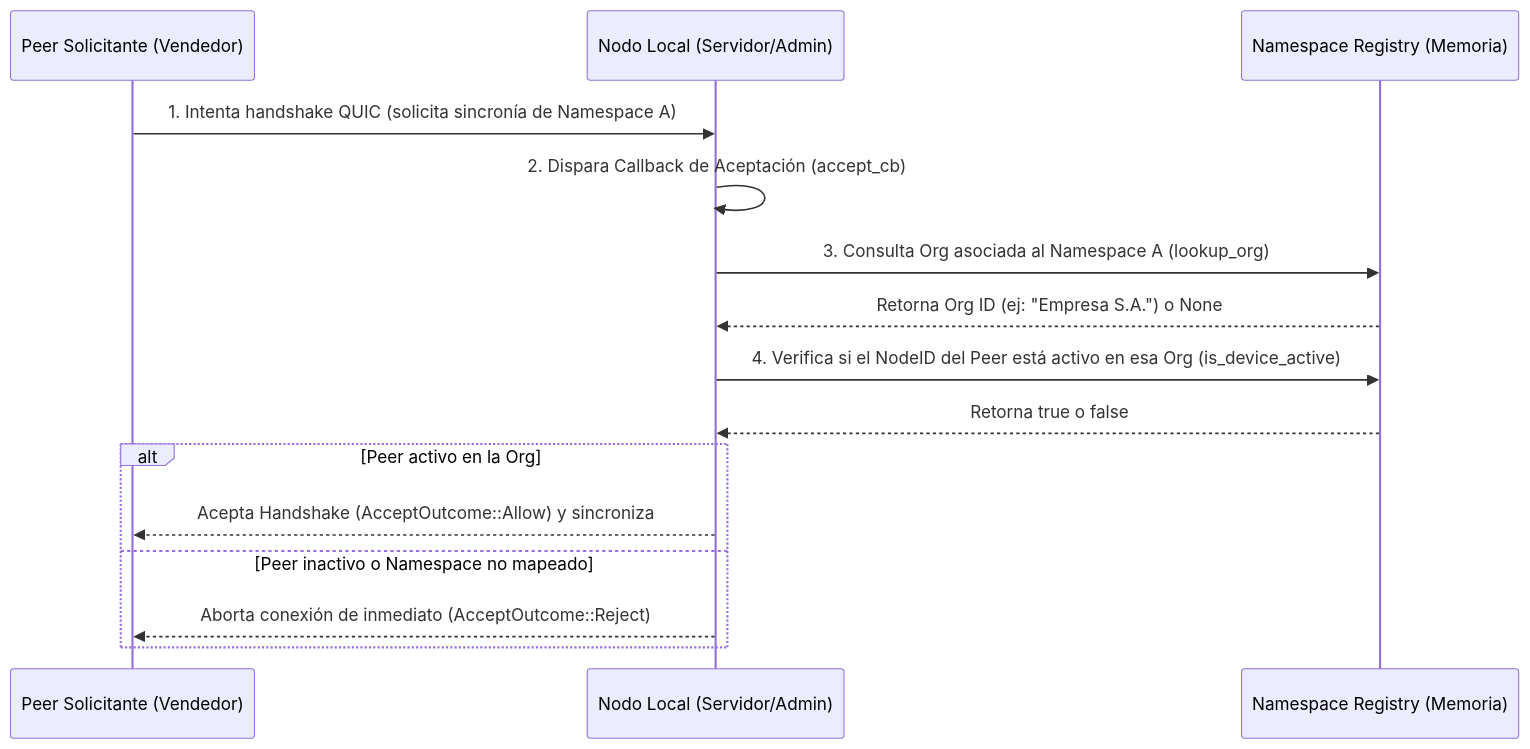
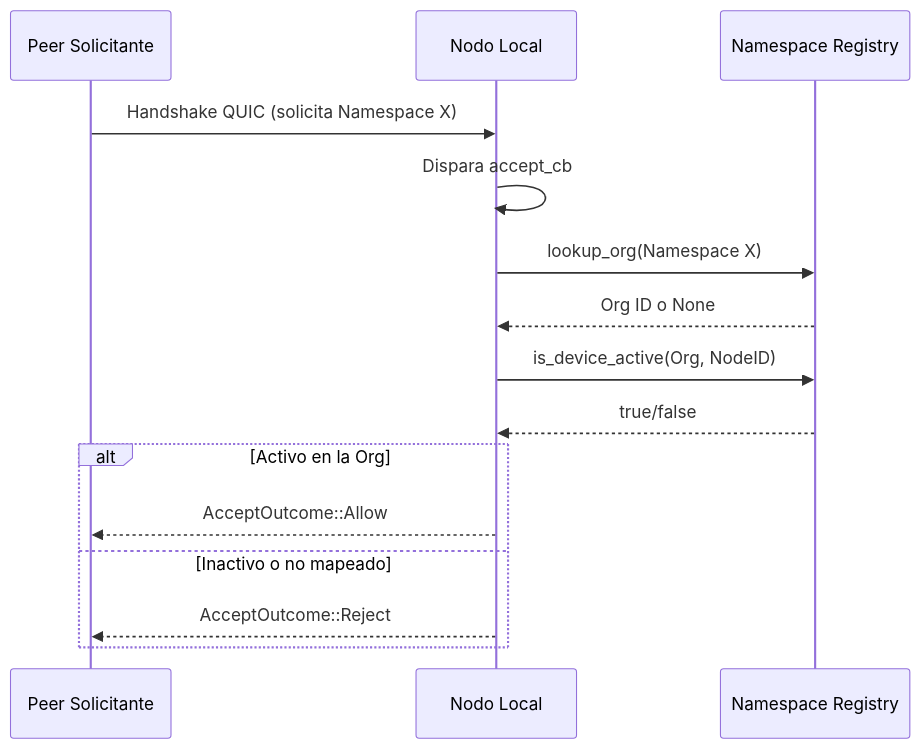
The second of 2 diagrams in apps/docs/src/content/docs/arquitectura/namespaces.md (royalcala/syntrix-monorepo), drawn with Mermaid before and after one commit. The commit also changed other lines of this file and 21 other files, not shown here.

````diff
--- a/apps/docs/src/content/docs/arquitectura/namespaces.md
+++ b/apps/docs/src/content/docs/arquitectura/namespaces.md
@@ -73,18 +73,18 @@
 ```mermaid
 sequenceDiagram
-    participant Peer as Peer Solicitante (Vendedor)
-    participant Local as Nodo Local (Servidor/Admin)
-    participant Reg as Namespace Registry (Memoria)
+    participant Peer as Peer Solicitante
+    participant Local as Nodo Local
+    participant Reg as Namespace Registry
 
-    Peer->>Local: 1. Intenta handshake QUIC (solicita sincronía de Namespace A)
-    Local->>Local: 2. Dispara Callback de Aceptación (accept_cb)
-    Local->>Reg: 3. Consulta Org asociada al Namespace A (lookup_org)
-    Reg-->>Local: Retorna Org ID (ej: "Empresa S.A.") o None
-    Local->>Reg: 4. Verifica si el NodeID del Peer está activo en esa Org (is_device_active)
-    Reg-->>Local: Retorna true o false
-    alt Peer activo en la Org
-        Local-->>Peer: Acepta Handshake (AcceptOutcome::Allow) y sincroniza
-    else Peer inactivo o Namespace no mapeado
-        Local-->>Peer: Aborta conexión de inmediato (AcceptOutcome::Reject)
+    Peer->>Local: Handshake QUIC (solicita Namespace X)
+    Local->>Local: Dispara accept_cb
+    Local->>Reg: lookup_org(Namespace X)
+    Reg-->>Local: Org ID o None
+    Local->>Reg: is_device_active(Org, NodeID)
+    Reg-->>Local: true/false
+    alt Activo en la Org
+        Local-->>Peer: AcceptOutcome::Allow
+    else Inactivo o no mapeado
+        Local-->>Peer: AcceptOutcome::Reject
     end
 ```
````
